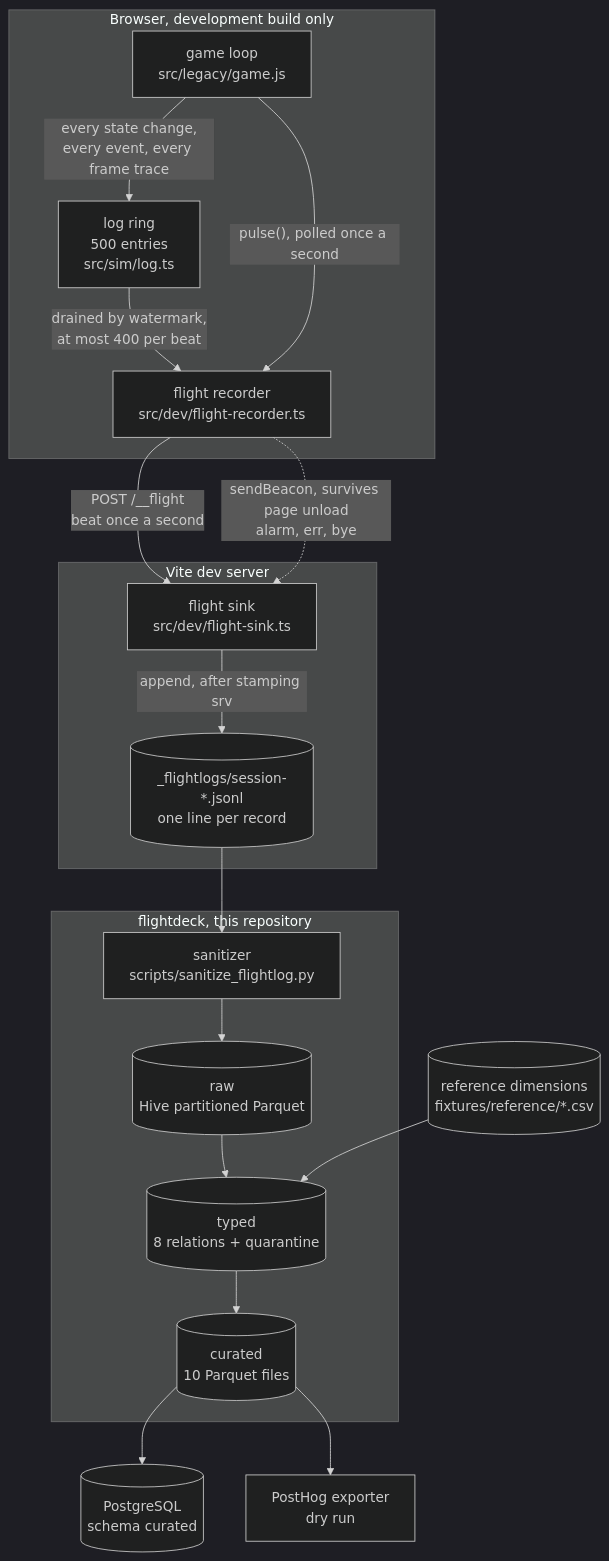
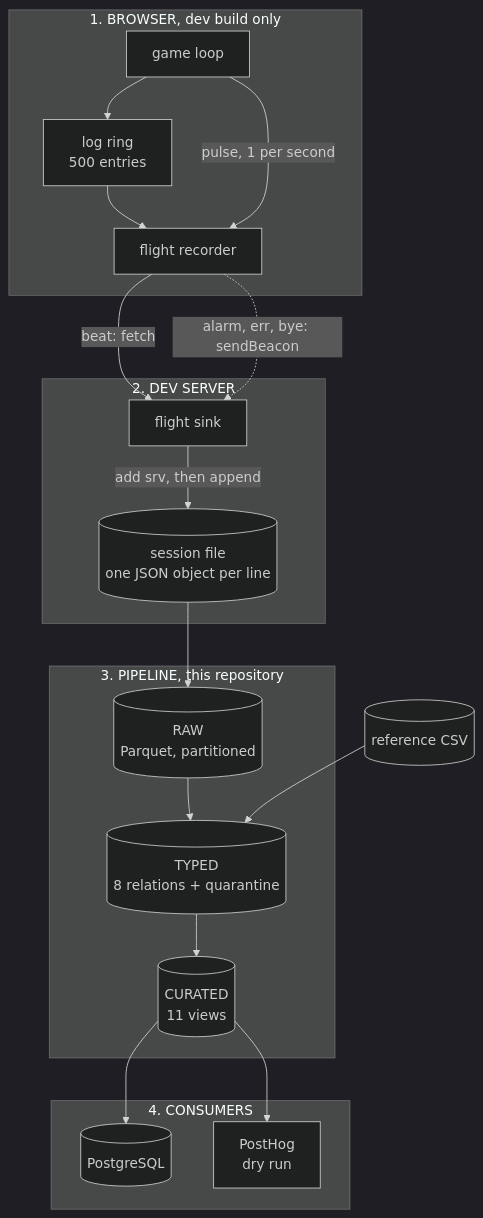
The first of 4 diagrams in docs/architecture.md (MrBisonte/flightdeck), drawn with Mermaid (dark theme) before and after one commit. The commit also changed other lines of this file and 7 other files, not shown here.

````diff
--- a/docs/architecture.md
+++ b/docs/architecture.md
@@ -26,34 +23,35 @@
 ```mermaid
 flowchart TB
-  subgraph browser["Browser, development build only"]
-    game["game loop<br/>src/legacy/game.js"]
-    ring["log ring<br/>500 entries<br/>src/sim/log.ts"]
-    rec["flight recorder<br/>src/dev/flight-recorder.ts"]
-    game -->|"every state change,<br/>every event, every frame trace"| ring
-    ring -->|"drained by watermark,<br/>at most 400 per beat"| rec
-    game -->|"pulse(), polled once a second"| rec
+  subgraph A["1. BROWSER, dev build only"]
+    game["game loop"]
+    ring["log ring<br/>500 entries"]
+    rec["flight recorder"]
+    game --> ring --> rec
+    game -->|"pulse, 1 per second"| rec
   end
 
-  subgraph server["Vite dev server"]
-    sink["flight sink<br/>src/dev/flight-sink.ts"]
-    log[("_flightlogs/session-*.jsonl<br/>one line per record")]
-    sink -->|"append, after stamping srv"| log
+  subgraph B["2. DEV SERVER"]
+    sink["flight sink"]
+    log[("session file<br/>one JSON object per line")]
+    sink -->|"add srv, then append"| log
   end
 
-  rec -->|"POST /__flight<br/>beat once a second"| sink
-  rec -.->|"sendBeacon, survives page unload<br/>alarm, err, bye"| sink
-
-  subgraph pipe["flightdeck, this repository"]
-    san["sanitizer<br/>scripts/sanitize_flightlog.py"]
-    raw[("raw<br/>Hive partitioned Parquet")]
-    typed[("typed<br/>8 relations + quarantine")]
-    cur[("curated<br/>10 Parquet files")]
-    san --> raw --> typed --> cur
+  subgraph C["3. PIPELINE, this repository"]
+    raw[("RAW<br/>Parquet, partitioned")]
+    typed[("TYPED<br/>8 relations + quarantine")]
+    cur[("CURATED<br/>11 views")]
+    raw --> typed --> cur
   end
 
-  log --> san
-  refs[("reference dimensions<br/>fixtures/reference/*.csv")] --> typed
+  subgraph D["4. CONSUMERS"]
+    pg[("PostgreSQL")]
+    ph["PostHog<br/>dry run"]
+  end
 
-  cur --> pg[("PostgreSQL<br/>schema curated")]
-  cur --> ph["PostHog exporter<br/>dry run"]
+  rec -->|"beat: fetch"| sink
+  rec -.->|"alarm, err, bye: sendBeacon"| sink
+  log --> raw
+  ref[("reference CSV")] --> typed
+  cur --> pg
+  cur --> ph
 ```
````
